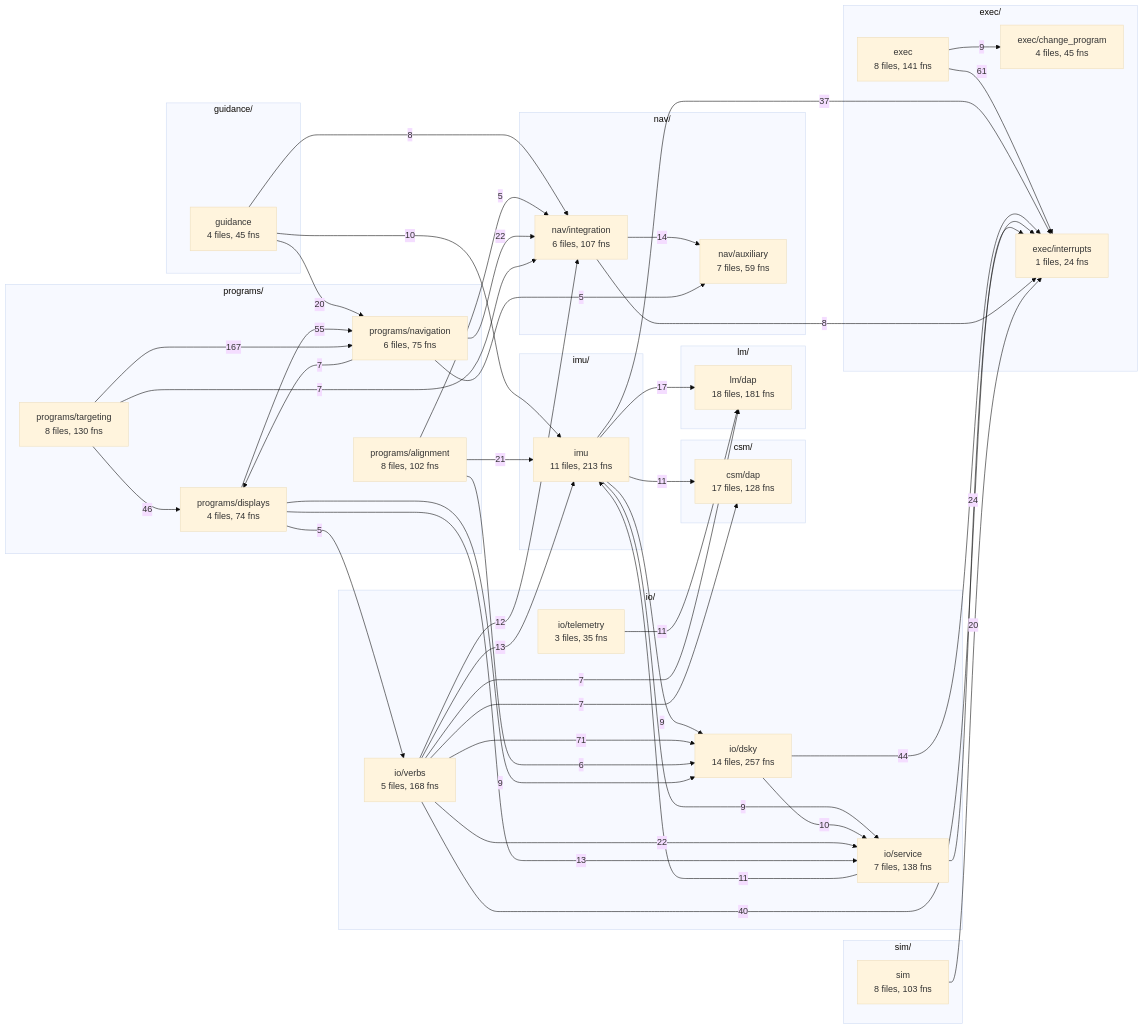
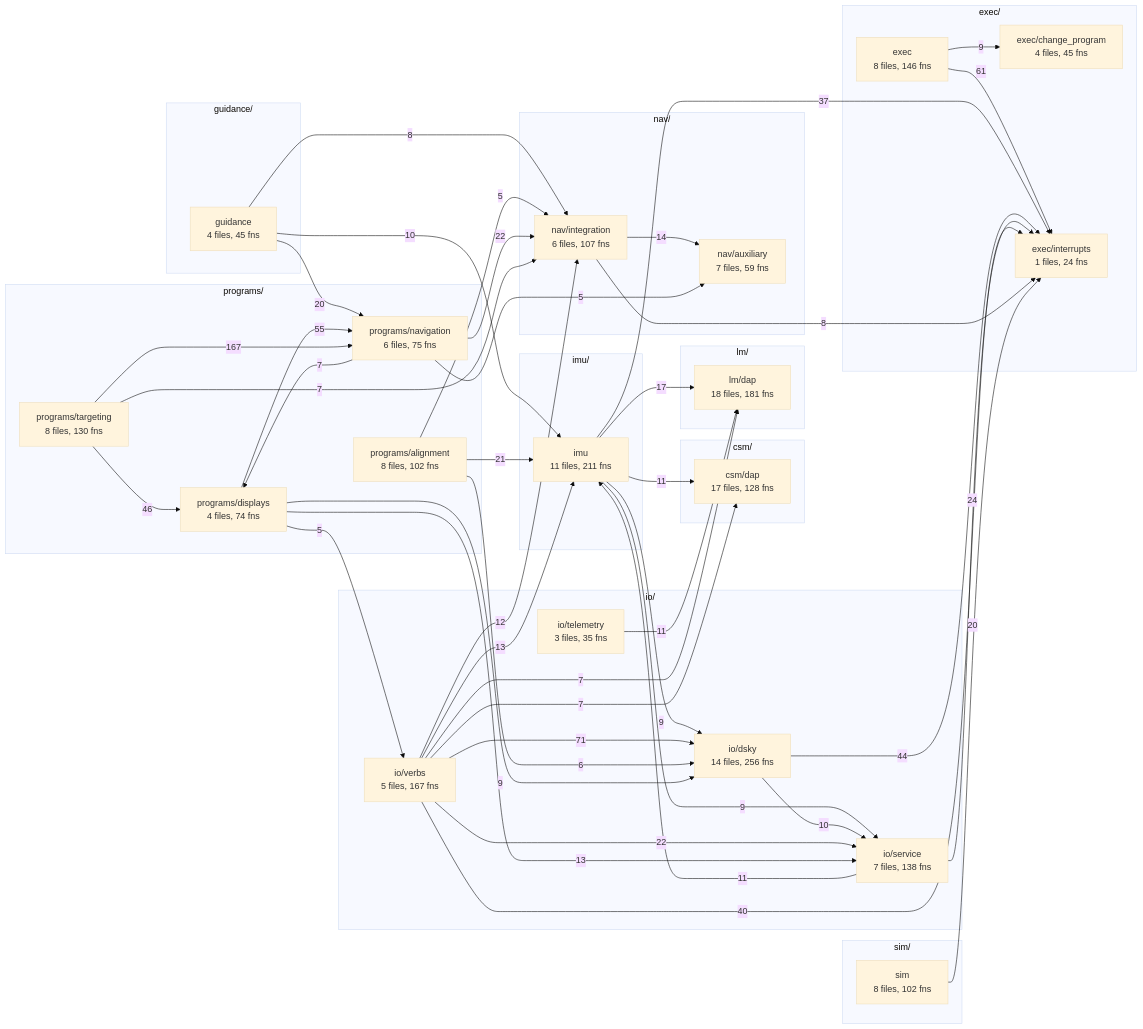
One commit to bobjoe400/apollo-c changed the fifth of 5 diagrams in docs/overview/README.md. Above: the diagram before and after it, drawn with Mermaid (base theme). The commit also changed other lines of this file and 264 other files, not shown here.

````diff
--- a/docs/overview/README.md
+++ b/docs/overview/README.md
@@ -569,77 +572,77 @@
 ```mermaid
 flowchart LR
     subgraph sim_layer["sim/"]
-        sim["sim<br/>8 files, 103 fns"]
+        sim["sim<br/>8 files, 102 fns"]
     end
     subgraph csm_layer["csm/"]
         csm_dap["csm/dap<br/>17 files, 128 fns"]
     end
     subgraph lm_layer["lm/"]
         lm_dap["lm/dap<br/>18 files, 181 fns"]
     end
     subgraph programs_layer["programs/"]
         programs_alignment["programs/alignment<br/>8 files, 102 fns"]
         programs_displays["programs/displays<br/>4 files, 74 fns"]
         programs_navigation["programs/navigation<br/>6 files, 75 fns"]
         programs_targeting["programs/targeting<br/>8 files, 130 fns"]
     end
     subgraph guidance_layer["guidance/"]
         guidance["guidance<br/>4 files, 45 fns"]
     end
     subgraph io_layer["io/"]
-        io_dsky["io/dsky<br/>14 files, 257 fns"]
+        io_dsky["io/dsky<br/>14 files, 256 fns"]
         io_service["io/service<br/>7 files, 138 fns"]
         io_telemetry["io/telemetry<br/>3 files, 35 fns"]
-        io_verbs["io/verbs<br/>5 files, 168 fns"]
+        io_verbs["io/verbs<br/>5 files, 167 fns"]
     end
     subgraph imu_layer["imu/"]
-        imu["imu<br/>11 files, 213 fns"]
+        imu["imu<br/>11 files, 211 fns"]
     end
     subgraph nav_layer["nav/"]
         nav_auxiliary["nav/auxiliary<br/>7 files, 59 fns"]
         nav_integration["nav/integration<br/>6 files, 107 fns"]
     end
     subgraph exec_layer["exec/"]
-        exec["exec<br/>8 files, 141 fns"]
+        exec["exec<br/>8 files, 146 fns"]
         exec_change_program["exec/change_program<br/>4 files, 45 fns"]
         exec_interrupts["exec/interrupts<br/>1 files, 24 fns"]
     end
     exec -->|9| exec_change_program
     exec -->|61| exec_interrupts
     guidance -->|10| imu
     guidance -->|8| nav_integration
     guidance -->|20| programs_navigation
     imu -->|11| csm_dap
     imu -->|37| exec_interrupts
     imu -->|9| io_dsky
     imu -->|9| io_service
     imu -->|17| lm_dap
     io_dsky -->|44| exec_interrupts
     io_dsky -->|10| io_service
     io_service -->|24| exec_interrupts
     io_service -->|11| imu
     io_telemetry -->|11| lm_dap
     io_verbs -->|7| csm_dap
     io_verbs -->|40| exec_interrupts
     io_verbs -->|13| imu
     io_verbs -->|71| io_dsky
     io_verbs -->|22| io_service
     io_verbs -->|7| lm_dap
     io_verbs -->|12| nav_integration
     nav_integration -->|8| exec_interrupts
     nav_integration -->|14| nav_auxiliary
     programs_alignment -->|21| imu
     programs_alignment -->|6| io_dsky
     programs_alignment -->|5| nav_integration
     programs_displays -->|9| io_dsky
     programs_displays -->|13| io_service
     programs_displays -->|5| io_verbs
     programs_displays -->|55| programs_navigation
     programs_navigation -->|5| nav_auxiliary
     programs_navigation -->|22| nav_integration
     programs_navigation -->|7| programs_displays
     programs_targeting -->|7| nav_integration
     programs_targeting -->|46| programs_displays
     programs_targeting -->|167| programs_navigation
     sim -->|20| exec_interrupts
 ```
````
